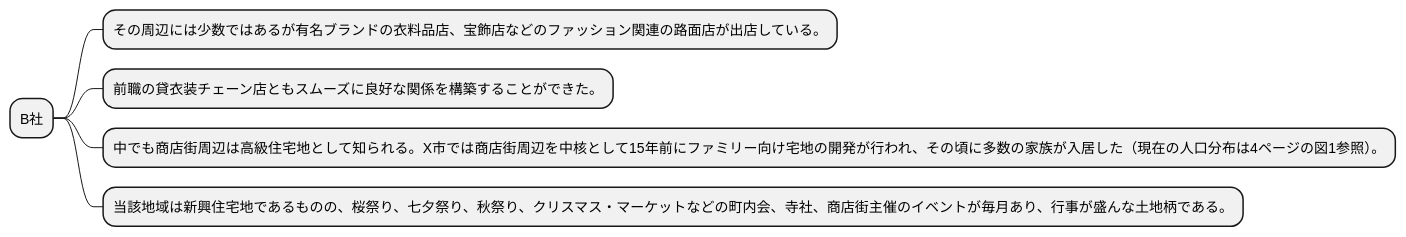
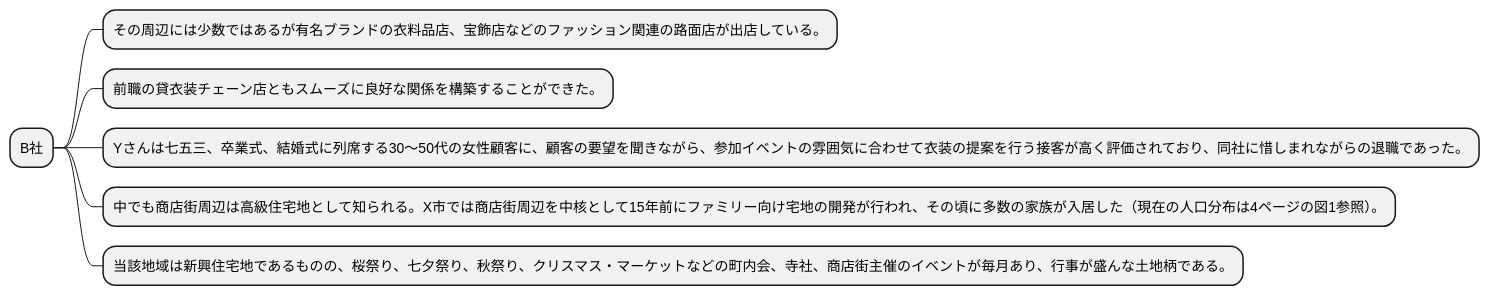
Before and after one commit to k2works/requirements_definition_excercise: the eighth of 11 diagrams in docs/R01/study/study_2_take01.md, drawn with PlantUML. The commit also changed other lines of this file, not shown here.

````diff
--- a/docs/R01/study/study_2_take01.md
+++ b/docs/R01/study/study_2_take01.md
@@ -236,11 +243,12 @@
 ```plantuml
 @startmindmap
 
 * B社
 ** その周辺には少数ではあるが有名ブランドの衣料品店、宝飾店などのファッション関連の路面店が出店している。
 ** 前職の貸衣装チェーン店ともスムーズに良好な関係を構築することができた。
+** Yさんは七五三、卒業式、結婚式に列席する30～50代の女性顧客に、顧客の要望を聞きながら、参加イベントの雰囲気に合わせて衣装の提案を行う接客が高く評価されており、同社に惜しまれながらの退職であった。
 ** 中でも商店街周辺は高級住宅地として知られる。X市では商店街周辺を中核として15年前にファミリー向け宅地の開発が行われ、その頃に多数の家族が入居した（現在の人口分布は4ページの図1参照）。
 ** 当該地域は新興住宅地であるものの、桜祭り、七夕祭り、秋祭り、クリスマス・マーケットなどの町内会、寺社、商店街主催のイベントが毎月あり、行事が盛んな土地柄である。
 
 @endmindmap
 ```
````
